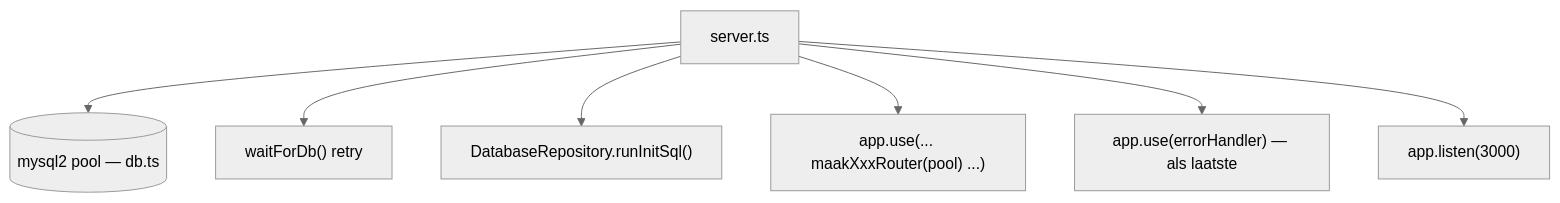
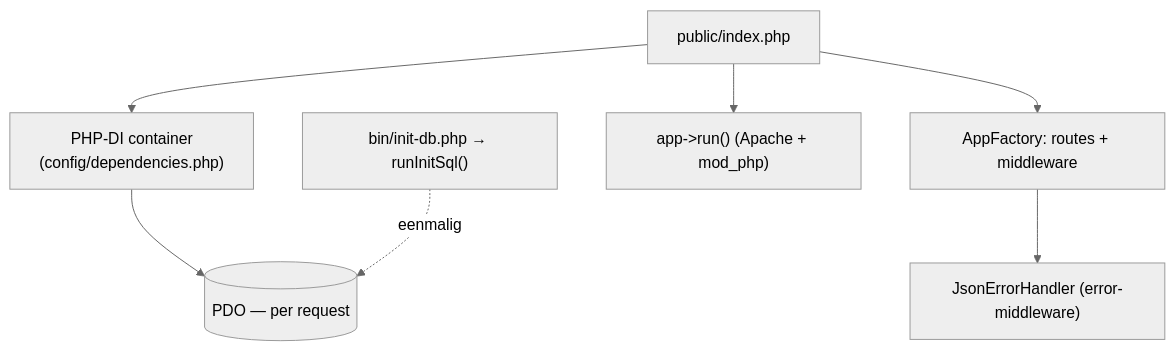
One commit to pjgheijmans/NewSiteWaterbeheerDeBercken changed the fifth of 5 diagrams in docs/architecture/backend.md. Above: the diagram before and after it, drawn with Mermaid (neutral theme). The commit also changed other lines of this file and 5 other files, not shown here.

First line of the commit message:
docs: werk architectuurdocs bij naar de PHP-backend

````diff
--- a/docs/architecture/backend.md
+++ b/docs/architecture/backend.md
@@ -215,9 +224,9 @@
 ```mermaid
 graph TB
-    S["server.ts"] --> P[("mysql2 pool — db.ts")]
-    S --> WDB["waitForDb() retry"]
-    S --> INIT["DatabaseRepository.runInitSql()"]
-    S --> RT["app.use(... maakXxxRouter(pool) ...)"]
-    S --> EHm["app.use(errorHandler) — als laatste"]
-    S --> L["app.listen(3000)"]
+    S["public/index.php"] --> C["PHP-DI container\n(config/dependencies.php)"]
+    C --> PDO[("PDO — per request")]
+    S --> AF["AppFactory: routes + middleware"]
+    AF --> EHm["JsonErrorHandler (error-middleware)"]
+    S --> RUN["app->run() (Apache + mod_php)"]
+    INIT["bin/init-db.php → runInitSql()"] -.->|"eenmalig"| PDO
 ```
````
